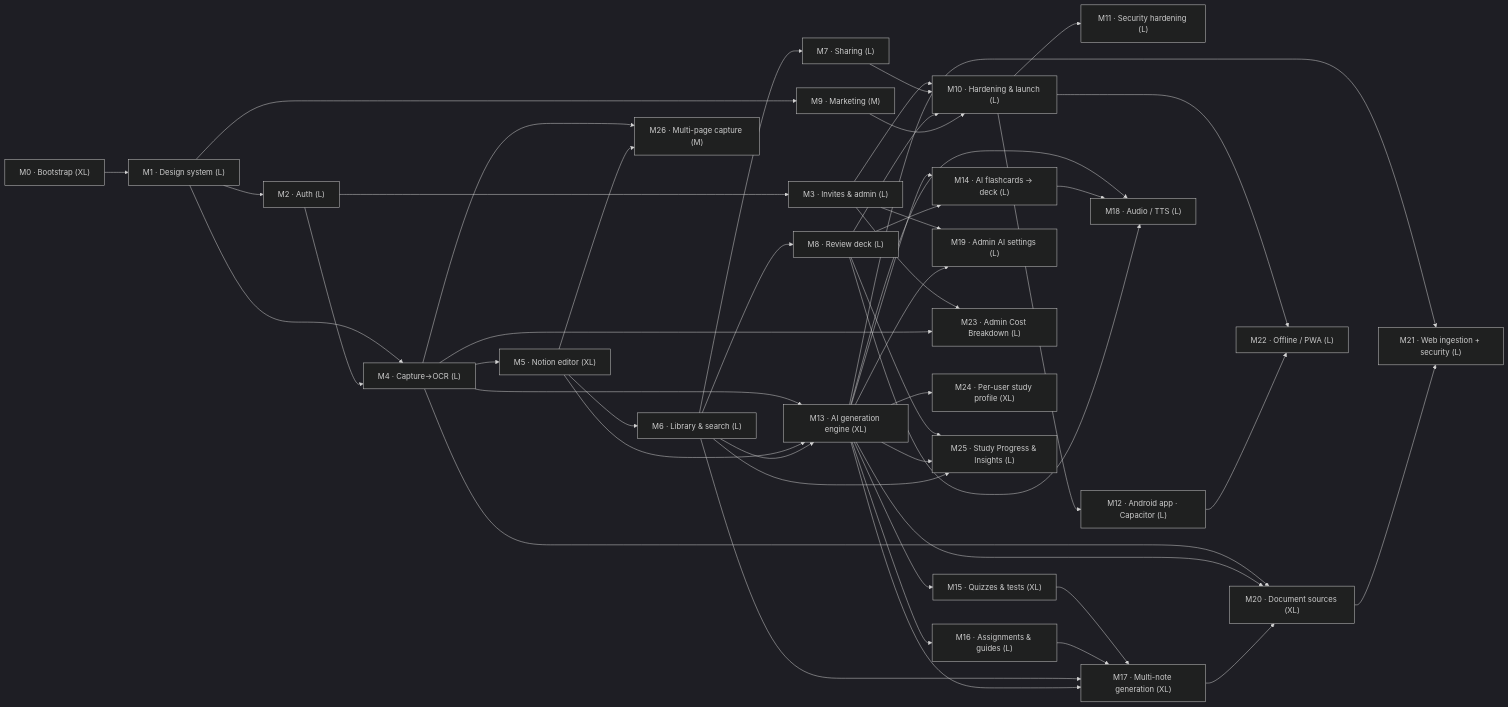
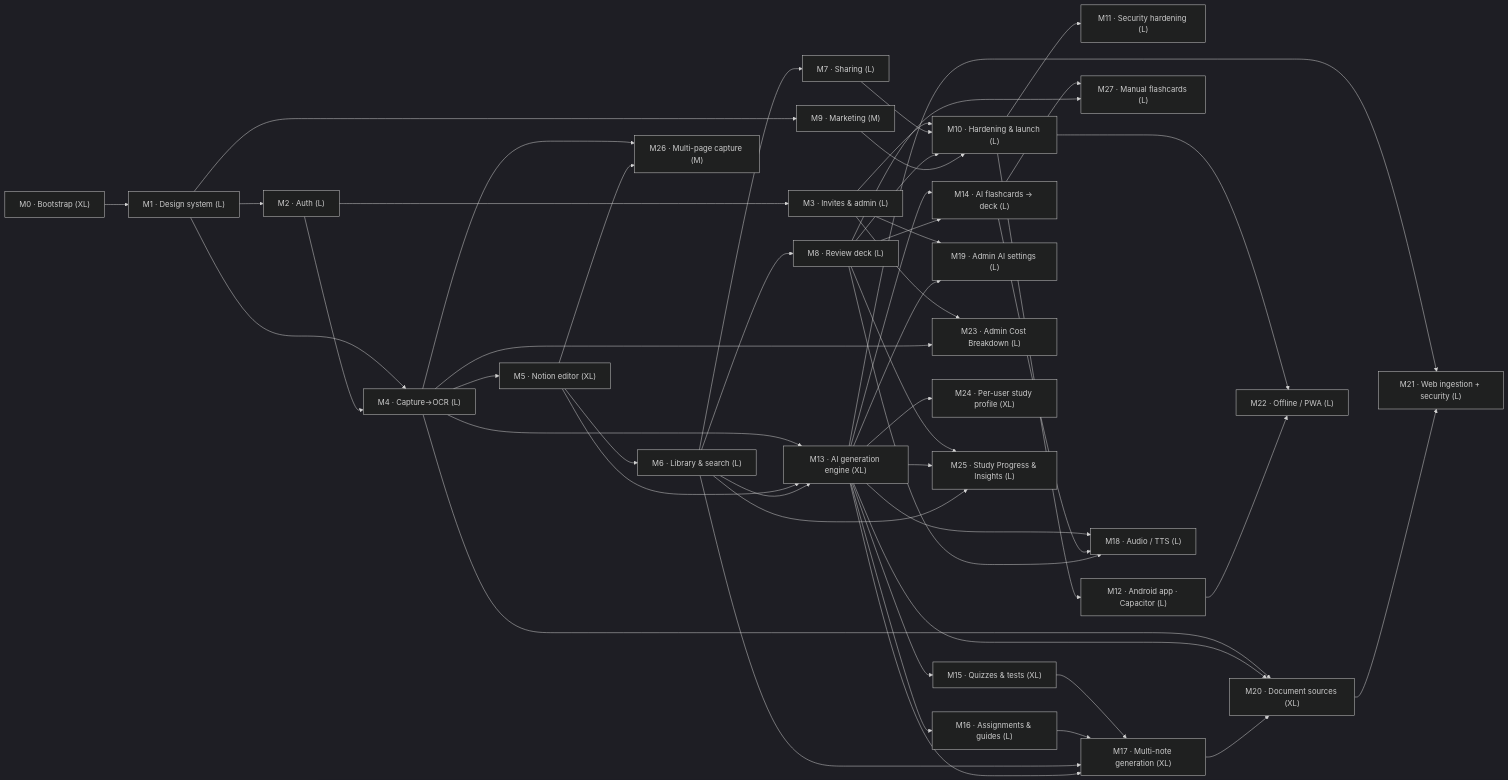
Before and after one commit to jasonp2323/transformmynotes: the first of 2 diagrams in docs/milestones/ROADMAP.md, drawn with Mermaid (dark theme). The commit also changed other lines of this file and 3 other files, not shown here.

````diff
--- a/docs/milestones/ROADMAP.md
+++ b/docs/milestones/ROADMAP.md
@@ -18,50 +18,52 @@
 ```mermaid
 flowchart LR
   M0["M0 · Bootstrap (XL)"] --> M1["M1 · Design system (L)"]
   M1 --> M2["M2 · Auth (L)"]
   M1 --> M9["M9 · Marketing (M)"]
   M1 --> M4["M4 · Capture→OCR (L)"]
   M2 --> M3["M3 · Invites & admin (L)"]
   M2 --> M4
   M4 --> M5["M5 · Notion editor (XL)"]
   M5 --> M6["M6 · Library & search (L)"]
   M6 --> M7["M7 · Sharing (L)"]
   M6 --> M8["M8 · Review deck (L)"]
   M3 --> M10["M10 · Hardening & launch (L)"]
   M7 --> M10
   M8 --> M10
   M9 --> M10
   M10 --> M11["M11 · Security hardening (L)"]
   M10 --> M12["M12 · Android app · Capacitor (L)"]
   M4 --> M13["M13 · AI generation engine (XL)"]
   M5 --> M13
   M6 --> M13
   M13 --> M14["M14 · AI flashcards → deck (L)"]
   M8 --> M14
+  M14 --> M27["M27 · Manual flashcards (L)"]
+  M8 --> M27
   M13 --> M15["M15 · Quizzes & tests (XL)"]
   M13 --> M16["M16 · Assignments & guides (L)"]
   M15 --> M17["M17 · Multi-note generation (XL)"]
   M16 --> M17
   M6 --> M17
   M13 --> M17
   M13 --> M18["M18 · Audio / TTS (L)"]
   M14 --> M18
   M8 --> M18
   M3 --> M19["M19 · Admin AI settings (L)"]
   M13 --> M19
   M4 --> M20["M20 · Document sources (XL)"]
   M13 --> M20
   M17 --> M20
   M13 --> M21["M21 · Web ingestion + security (L)"]
   M20 --> M21
   M10 --> M22["M22 · Offline / PWA (L)"]
   M12 --> M22
   M3 --> M23["M23 · Admin Cost Breakdown (L)"]
   M4 --> M23
   M13 --> M24["M24 · Per-user study profile (XL)"]
   M8 --> M25["M25 · Study Progress & Insights (L)"]
   M13 --> M25
   M6 --> M25
   M4 --> M26["M26 · Multi-page capture (M)"]
   M5 --> M26
 ```
````
